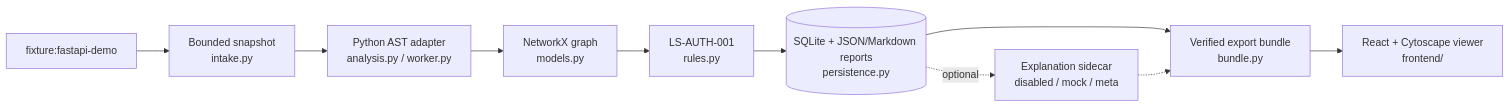
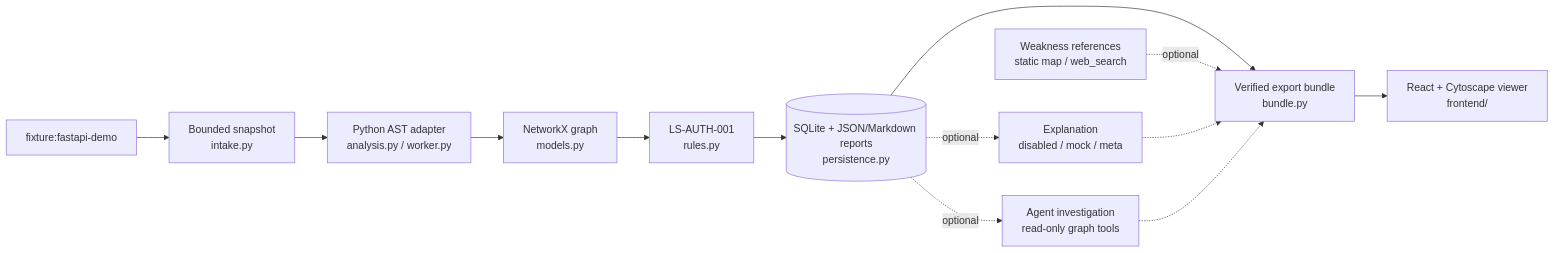
The diagram in README.md (sumitjadhav1703/Lazarus_Sentinel), drawn with Mermaid before and after one commit. The commit also changed other lines of this file and 40 other files, not shown here.

First line of the commit message:
feat: weakness references, problem-first viewer, README GIF and Apache-2.0

````diff
--- a/README.md
+++ b/README.md
@@ -99,12 +116,15 @@
 ```mermaid
 flowchart LR
     A[fixture:fastapi-demo] --> B[Bounded snapshot<br/>intake.py]
     B --> C[Python AST adapter<br/>analysis.py / worker.py]
     C --> D[NetworkX graph<br/>models.py]
     D --> E[LS-AUTH-001<br/>rules.py]
     E --> F[(SQLite + JSON/Markdown reports<br/>persistence.py)]
     F --> G[Verified export bundle<br/>bundle.py]
     G --> H[React + Cytoscape viewer<br/>frontend/]
-    F -.optional.-> I[Explanation sidecar<br/>disabled / mock / meta]
+    F -.optional.-> I[Explanation<br/>disabled / mock / meta]
+    F -.optional.-> J[Agent investigation<br/>read-only graph tools]
+    K[Weakness references<br/>static map / web_search] -.optional.-> G
     I -.-> G
+    J -.-> G
 ```
````
